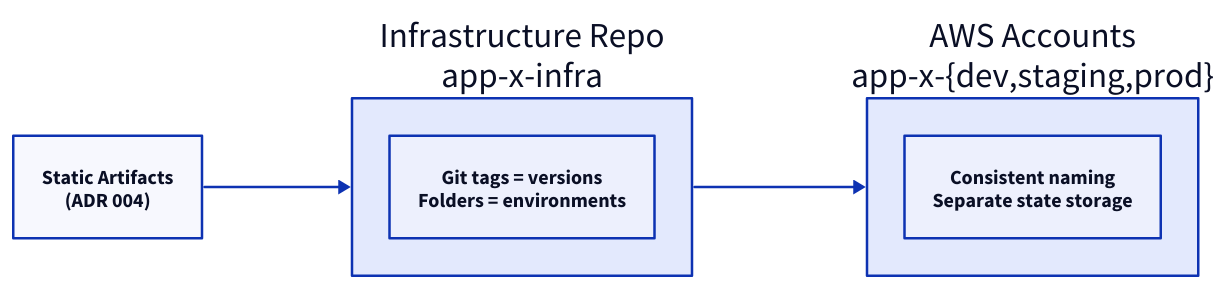
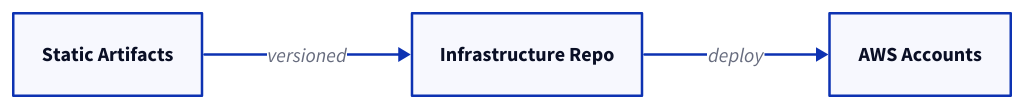
One commit to wagov-dtt/architecture-decision-records changed the diagram in operations/010-configmgmt.md. Above: the diagram before and after it, drawn with D2. The commit also changed other lines of this file and 18 other files, not shown here.

First line of the commit message:
docs: simplify diagrams and improve ADR clarity

````diff
--- a/operations/010-configmgmt.md
+++ b/operations/010-configmgmt.md
@@ -39,12 +39,10 @@
 ```d2
 direction: right
 
-artifacts: "Static Artifacts\n(ADR 004)"
-infra_repo: "Infrastructure Repo\napp-x-infra"
-environments: "AWS Accounts\napp-x-{dev,staging,prod}"
+artifacts: Static Artifacts
+repo: Infrastructure Repo
+envs: AWS Accounts
 
-artifacts -> infra_repo -> environments
-
-infra_repo.note: "Git tags = versions\nFolders = environments"
-environments.note: "Consistent naming\nSeparate state storage"
+artifacts -> repo: versioned
+repo -> envs: deploy
 ```
````
